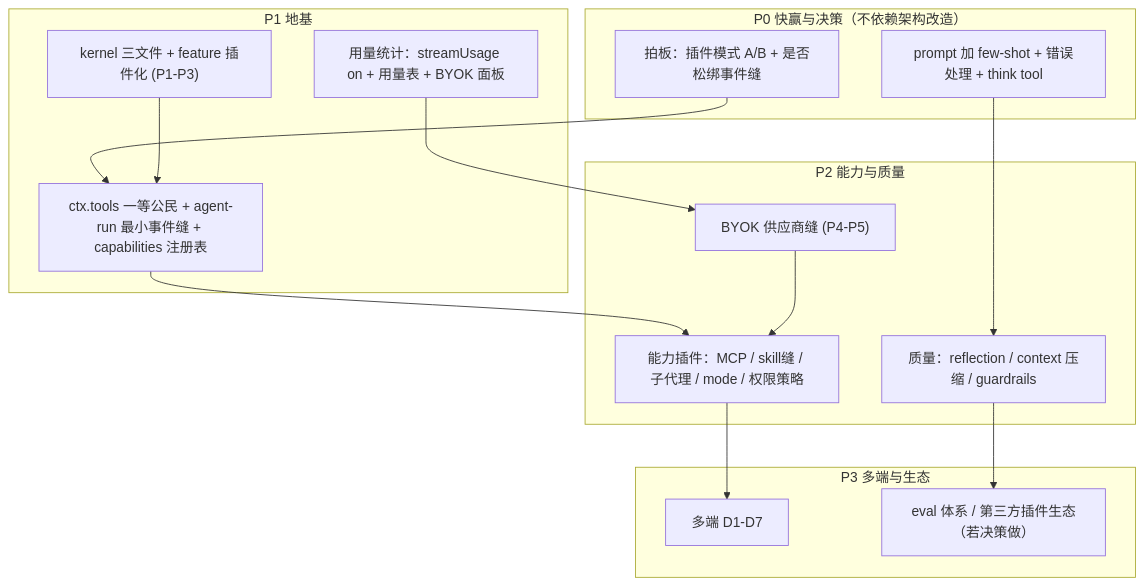
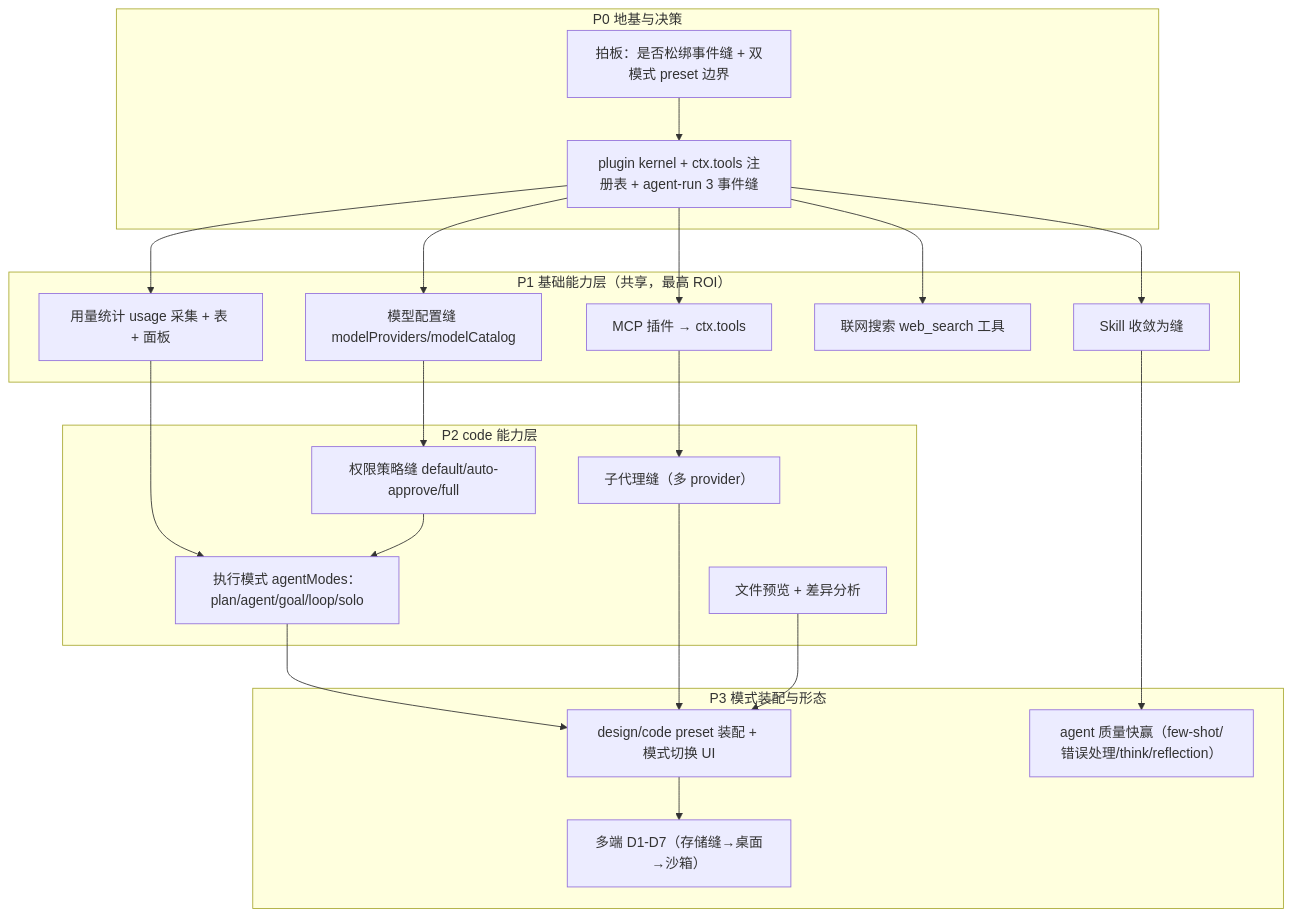
One commit to IsKenKenYa/KenFutWork changed the second of 3 diagrams in docs/future/03-改造建议与路线.md. Above: the diagram before and after it, drawn with Mermaid. The commit also changed other lines of this file and 8 other files, not shown here.

````diff
--- a/docs/future/03-改造建议与路线.md
+++ b/docs/future/03-改造建议与路线.md
@@ -96,29 +153,40 @@
 ```mermaid
 graph TB
-    subgraph P0["P0 快赢与决策（不依赖架构改造）"]
-        Q1["prompt 加 few-shot + 错误处理 + think tool"]
-        Q2["拍板：插件模式 A/B + 是否松绑事件缝"]
+    subgraph P0["P0 地基与决策"]
+        K0["拍板：是否松绑事件缝 + 双模式 preset 边界"]
+        K1["plugin kernel + ctx.tools 注册表 + agent-run 3 事件缝"]
     end
-    subgraph P1["P1 地基"]
-        K1["kernel 三文件 + feature 插件化 (P1-P3)"]
-        K2["ctx.tools 一等公民 + agent-run 最小事件缝 + capabilities 注册表"]
-        K3["用量统计：streamUsage on + 用量表 + BYOK 面板"]
+    subgraph P1["P1 基础能力层（共享，最高 ROI）"]
+        B1["模型配置缝 modelProviders/modelCatalog"]
+        B2["MCP 插件 → ctx.tools"]
+        B3["Skill 收敛为缝"]
+        B4["联网搜索 web_search 工具"]
+        B5["用量统计 usage 采集 + 表 + 面板"]
     end
-    subgraph P2["P2 能力与质量"]
-        B1["BYOK 供应商缝 (P4-P5)"]
-        B2["能力插件：MCP / skill缝 / 子代理 / mode / 权限策略"]
-        B3["质量：reflection / context 压缩 / guardrails"]
+    subgraph P2["P2 code 能力层"]
+        C1["权限策略缝 default/auto-approve/full"]
+        C2["执行模式 agentModes：plan/agent/goal/loop/solo"]
+        C3["子代理缝（多 provider）"]
+        C4["文件预览 + 差异分析"]
     end
-    subgraph P3["P3 多端与生态"]
-        M1["多端 D1-D7"]
-        M2["eval 体系 / 第三方插件生态（若决策做）"]
+    subgraph P3["P3 模式装配与形态"]
+        D1["design/code preset 装配 + 模式切换 UI"]
+        D2["agent 质量快赢（few-shot/错误处理/think/reflection）"]
+        D3["多端 D1-D7（存储缝→桌面→沙箱）"]
     end
-    Q2 --> K2
-    K1 --> K2
-    K2 --> B2
-    Q1 --> B3
-    K3 --> B1
-    B1 --> B2
-    B2 --> M1
-    B3 --> M2
+    K0 --> K1
+    K1 --> B1
+    K1 --> B2
+    K1 --> B3
+    K1 --> B4
+    K1 --> B5
+    B1 --> C1
+    B2 --> C3
+    B5 --> C2
+    C1 --> C2
+    C2 --> D1
+    C3 --> D1
+    C4 --> D1
+    B3 --> D2
+    D1 --> D3
 ```
````
